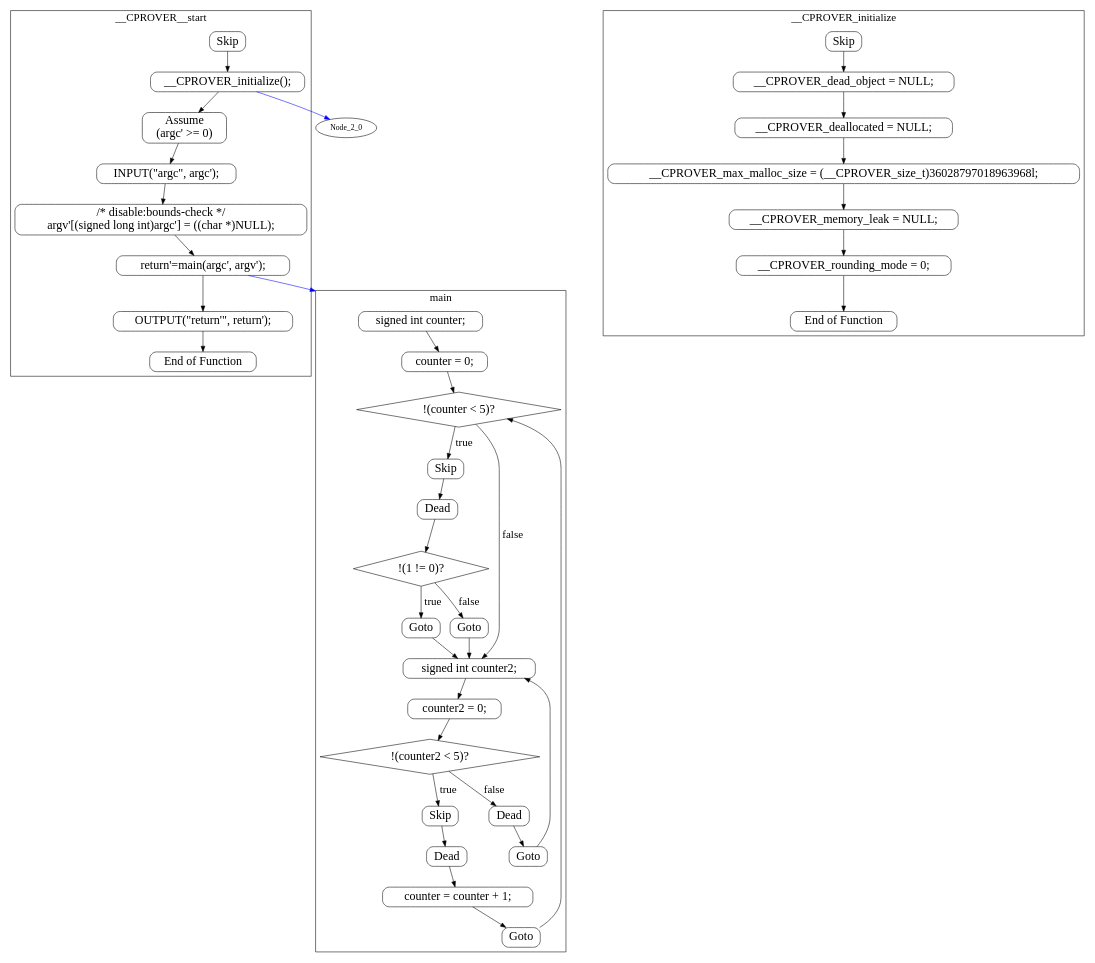
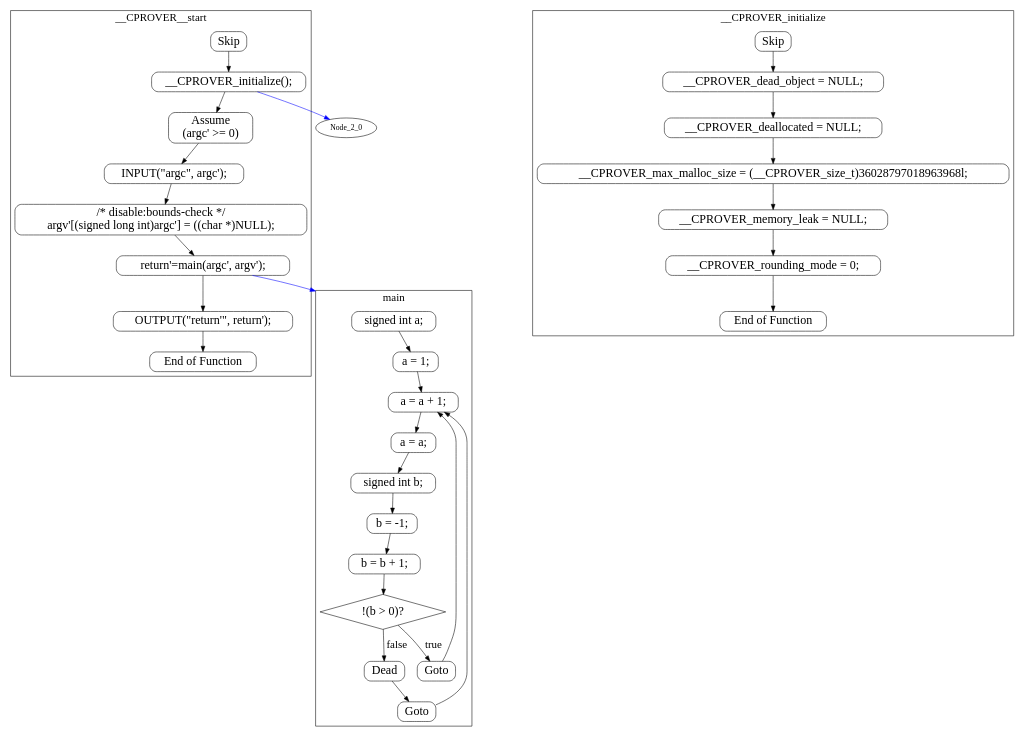
The diagram in control-flow-graph-test-cases/cbmc-michael-wolfe/michael-wolfe-g4/main.dot (malkawimahdi/investigating-loop-detection-algorithms), drawn with Graphviz before and after one commit. The commit also changed 8 other files, not shown here.

```diff
--- a/control-flow-graph-test-cases/cbmc-michael-wolfe/michael-wolfe-g4/main.dot
+++ b/control-flow-graph-test-cases/cbmc-michael-wolfe/michael-wolfe-g4/main.dot
@@ -1,79 +1,65 @@
 digraph G {
 color=black;orientation=portrait;fontsize=20;compound=true;size="30,40";ratio=compress;
 subgraph "cluster_main" {
 label="main";
-Node_0_0 [shape=Mrecord,fontsize=22,label="signed int counter;"];
+Node_0_0 [shape=Mrecord,fontsize=22,label="signed int a;"];
 Node_0_0 -> Node_0_1 ;
-Node_0_1 [shape=Mrecord,fontsize=22,label="counter = 0;"];
+Node_0_1 [shape=Mrecord,fontsize=22,label="a = 1;"];
 Node_0_1 -> Node_0_2 ;
-Node_0_2 [shape=diamond,fontsize=22,label="!(counter \< 5)?"];
-Node_0_2 -> Node_0_16 [fontsize=20,label="true"];
-Node_0_2 -> Node_0_3 [fontsize=20,label="false"];
-Node_0_16 [shape=Mrecord,fontsize=22,label="Skip"];
-Node_0_16 -> Node_0_17 ;
-Node_0_3 [shape=Mrecord,fontsize=22,label="signed int counter2;"];
+Node_0_2 [shape=Mrecord,fontsize=22,label="a = a + 1;"];
+Node_0_2 -> Node_0_3 ;
+Node_0_3 [shape=Mrecord,fontsize=22,label="a = a;"];
 Node_0_3 -> Node_0_4 ;
-Node_0_17 [shape=Mrecord,fontsize=22,label="Dead"];
-Node_0_17 -> Node_0_18 ;
-Node_0_4 [shape=Mrecord,fontsize=22,label="counter2 = 0;"];
+Node_0_4 [shape=Mrecord,fontsize=22,label="signed int b;"];
 Node_0_4 -> Node_0_5 ;
-Node_0_18 [shape=diamond,fontsize=22,label="!(1 != 0)?"];
-Node_0_18 -> Node_0_22 [fontsize=20,label="true"];
-Node_0_18 -> Node_0_19 [fontsize=20,label="false"];
-Node_0_5 [shape=diamond,fontsize=22,label="!(counter2 \< 5)?"];
-Node_0_5 -> Node_0_12 [fontsize=20,label="true"];
-Node_0_5 -> Node_0_6 [fontsize=20,label="false"];
-Node_0_22 [shape=Mrecord,fontsize=22,label="Goto"];
-Node_0_22 -> Node_0_3 ;
-Node_0_19 [shape=Mrecord,fontsize=22,label="Goto"];
-Node_0_19 -> Node_0_3 ;
-Node_0_12 [shape=Mrecord,fontsize=22,label="Skip"];
-Node_0_12 -> Node_0_13 ;
-Node_0_6 [shape=Mrecord,fontsize=22,label="Dead"];
+Node_0_5 [shape=Mrecord,fontsize=22,label="b = -1;"];
+Node_0_5 -> Node_0_6 ;
+Node_0_6 [shape=Mrecord,fontsize=22,label="b = b + 1;"];
 Node_0_6 -> Node_0_7 ;
-Node_0_13 [shape=Mrecord,fontsize=22,label="Dead"];
-Node_0_13 -> Node_0_14 ;
-Node_0_7 [shape=Mrecord,fontsize=22,label="Goto"];
-Node_0_7 -> Node_0_3 ;
-Node_0_14 [shape=Mrecord,fontsize=22,label="counter = counter + 1;"];
-Node_0_14 -> Node_0_15 ;
-Node_0_15 [shape=Mrecord,fontsize=22,label="Goto"];
-Node_0_15 -> Node_0_2 ;
+Node_0_7 [shape=diamond,fontsize=22,label="!(b \> 0)?"];
+Node_0_7 -> Node_0_12 [fontsize=20,label="true"];
+Node_0_7 -> Node_0_8 [fontsize=20,label="false"];
+Node_0_12 [shape=Mrecord,fontsize=22,label="Goto"];
+Node_0_12 -> Node_0_2 ;
+Node_0_8 [shape=Mrecord,fontsize=22,label="Dead"];
+Node_0_8 -> Node_0_9 ;
+Node_0_9 [shape=Mrecord,fontsize=22,label="Goto"];
+Node_0_9 -> Node_0_2 ;
 }
 subgraph "cluster___CPROVER__start" {
 label="__CPROVER__start";
-Node_1_27 [shape=Mrecord,fontsize=22,label="Skip"];
-Node_1_27 -> Node_1_28 ;
-Node_1_28 [shape=Mrecord,fontsize=22,label="__CPROVER_initialize();"];
-Node_1_28 -> Node_1_29 ;
-Node_1_29 [shape=Mrecord,fontsize=22,label="Assume\n(argc' \>= 0)"];
-Node_1_29 -> Node_1_30 ;
-Node_1_30 [shape=Mrecord,fontsize=22,label="INPUT(\"argc\", argc');"];
-Node_1_30 -> Node_1_31 ;
-Node_1_31 [shape=Mrecord,fontsize=22,label="/* disable:bounds-check */\nargv'[(signed long int)argc'] = ((char *)NULL);"];
-Node_1_31 -> Node_1_32 ;
-Node_1_32 [shape=Mrecord,fontsize=22,label="return'=main(argc', argv');"];
-Node_1_32 -> Node_1_33 ;
-Node_1_33 [shape=Mrecord,fontsize=22,label="OUTPUT(\"return'\", return');"];
-Node_1_33 -> Node_1_34 ;
-Node_1_34 [shape=Mrecord,fontsize=22,label="End of Function"];
+Node_1_19 [shape=Mrecord,fontsize=22,label="Skip"];
+Node_1_19 -> Node_1_20 ;
+Node_1_20 [shape=Mrecord,fontsize=22,label="__CPROVER_initialize();"];
+Node_1_20 -> Node_1_21 ;
+Node_1_21 [shape=Mrecord,fontsize=22,label="Assume\n(argc' \>= 0)"];
+Node_1_21 -> Node_1_22 ;
+Node_1_22 [shape=Mrecord,fontsize=22,label="INPUT(\"argc\", argc');"];
+Node_1_22 -> Node_1_23 ;
+Node_1_23 [shape=Mrecord,fontsize=22,label="/* disable:bounds-check */\nargv'[(signed long int)argc'] = ((char *)NULL);"];
+Node_1_23 -> Node_1_24 ;
+Node_1_24 [shape=Mrecord,fontsize=22,label="return'=main(argc', argv');"];
+Node_1_24 -> Node_1_25 ;
+Node_1_25 [shape=Mrecord,fontsize=22,label="OUTPUT(\"return'\", return');"];
+Node_1_25 -> Node_1_26 ;
+Node_1_26 [shape=Mrecord,fontsize=22,label="End of Function"];
 }
 subgraph "cluster___CPROVER_initialize" {
 label="__CPROVER_initialize";
-Node_2_35 [shape=Mrecord,fontsize=22,label="Skip"];
-Node_2_35 -> Node_2_36 ;
-Node_2_36 [shape=Mrecord,fontsize=22,label="__CPROVER_dead_object = NULL;"];
-Node_2_36 -> Node_2_37 ;
-Node_2_37 [shape=Mrecord,fontsize=22,label="__CPROVER_deallocated = NULL;"];
-Node_2_37 -> Node_2_38 ;
-Node_2_38 [shape=Mrecord,fontsize=22,label="__CPROVER_max_malloc_size = (__CPROVER_size_t)36028797018963968l;"];
-Node_2_38 -> Node_2_39 ;
-Node_2_39 [shape=Mrecord,fontsize=22,label="__CPROVER_memory_leak = NULL;"];
-Node_2_39 -> Node_2_40 ;
-Node_2_40 [shape=Mrecord,fontsize=22,label="__CPROVER_rounding_mode = 0;"];
-Node_2_40 -> Node_2_41 ;
-Node_2_41 [shape=Mrecord,fontsize=22,label="End of Function"];
+Node_2_27 [shape=Mrecord,fontsize=22,label="Skip"];
+Node_2_27 -> Node_2_28 ;
+Node_2_28 [shape=Mrecord,fontsize=22,label="__CPROVER_dead_object = NULL;"];
+Node_2_28 -> Node_2_29 ;
+Node_2_29 [shape=Mrecord,fontsize=22,label="__CPROVER_deallocated = NULL;"];
+Node_2_29 -> Node_2_30 ;
+Node_2_30 [shape=Mrecord,fontsize=22,label="__CPROVER_max_malloc_size = (__CPROVER_size_t)36028797018963968l;"];
+Node_2_30 -> Node_2_31 ;
+Node_2_31 [shape=Mrecord,fontsize=22,label="__CPROVER_memory_leak = NULL;"];
+Node_2_31 -> Node_2_32 ;
+Node_2_32 [shape=Mrecord,fontsize=22,label="__CPROVER_rounding_mode = 0;"];
+Node_2_32 -> Node_2_33 ;
+Node_2_33 [shape=Mrecord,fontsize=22,label="End of Function"];
 }
-Node_1_28 -> Node_2_0 [lhead="cluster___CPROVER_initialize",color=blue];
-Node_1_32 -> Node_0_0 [lhead="cluster_main",color=blue];
+Node_1_20 -> Node_2_0 [lhead="cluster___CPROVER_initialize",color=blue];
+Node_1_24 -> Node_0_0 [lhead="cluster_main",color=blue];
 }
```
